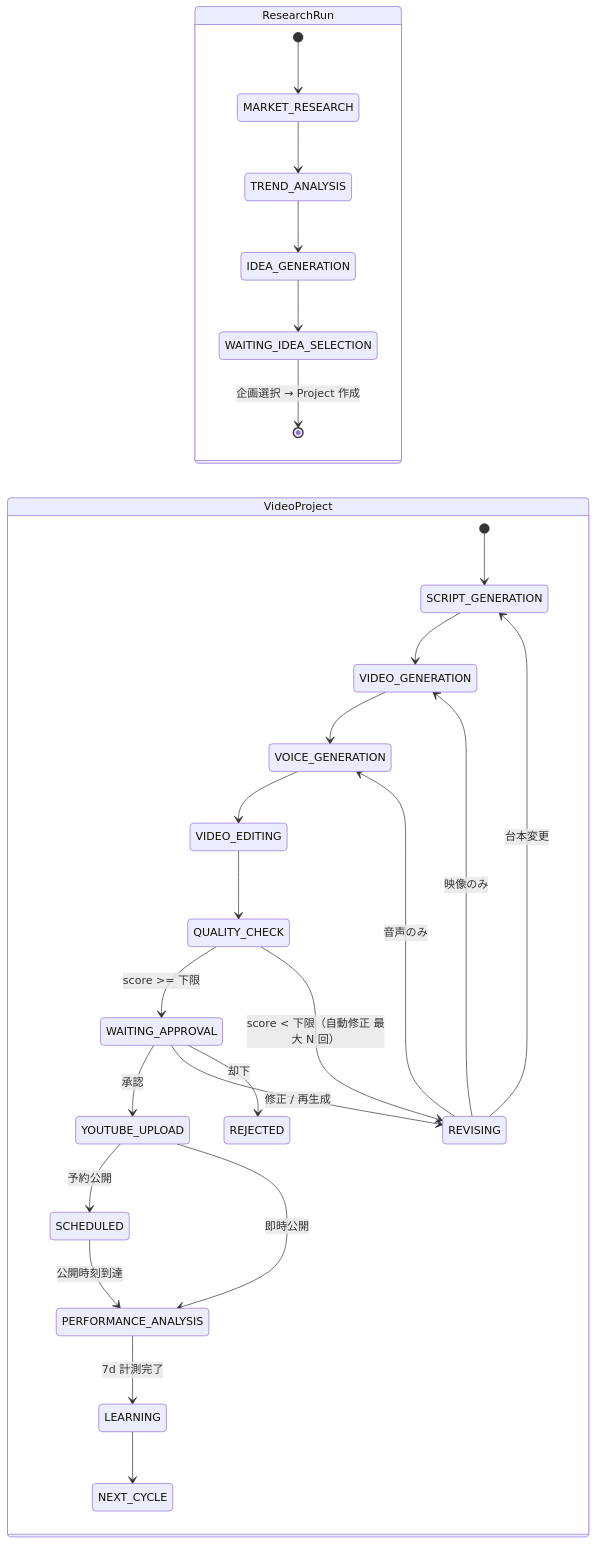
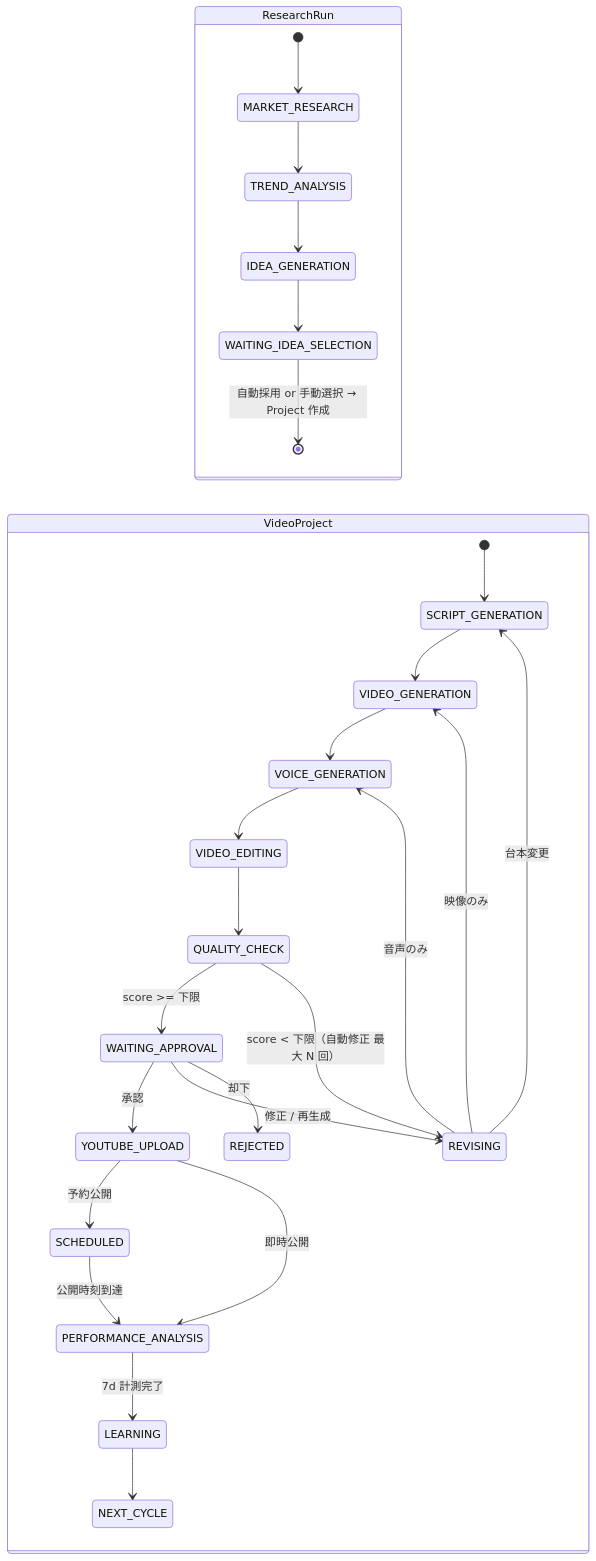
Before and after one commit to gangidenset/ai-youtube-agent: the diagram in docs/workflow.md, drawn with Mermaid. The commit also changed other lines of this file and 9 other files, not shown here.

````diff
--- a/docs/workflow.md
+++ b/docs/workflow.md
@@ -11,31 +11,31 @@
 ```mermaid
 stateDiagram-v2
   direction LR
   state ResearchRun {
     [*] --> MARKET_RESEARCH
     MARKET_RESEARCH --> TREND_ANALYSIS
     TREND_ANALYSIS --> IDEA_GENERATION
     IDEA_GENERATION --> WAITING_IDEA_SELECTION
-    WAITING_IDEA_SELECTION --> [*]: 企画選択 → Project 作成
+    WAITING_IDEA_SELECTION --> [*]: 自動採用 or 手動選択 → Project 作成
   }
   state VideoProject {
     [*] --> SCRIPT_GENERATION
     SCRIPT_GENERATION --> VIDEO_GENERATION
     VIDEO_GENERATION --> VOICE_GENERATION
     VOICE_GENERATION --> VIDEO_EDITING
     VIDEO_EDITING --> QUALITY_CHECK
     QUALITY_CHECK --> WAITING_APPROVAL: score >= 下限
     QUALITY_CHECK --> REVISING: score < 下限（自動修正 最大 N 回）
     WAITING_APPROVAL --> YOUTUBE_UPLOAD: 承認
     WAITING_APPROVAL --> REVISING: 修正 / 再生成
     WAITING_APPROVAL --> REJECTED: 却下
     REVISING --> SCRIPT_GENERATION: 台本変更
     REVISING --> VIDEO_GENERATION: 映像のみ
     REVISING --> VOICE_GENERATION: 音声のみ
     YOUTUBE_UPLOAD --> SCHEDULED: 予約公開
     YOUTUBE_UPLOAD --> PERFORMANCE_ANALYSIS: 即時公開
     SCHEDULED --> PERFORMANCE_ANALYSIS: 公開時刻到達
     PERFORMANCE_ANALYSIS --> LEARNING: 7d 計測完了
     LEARNING --> NEXT_CYCLE
   }
 ```
````
